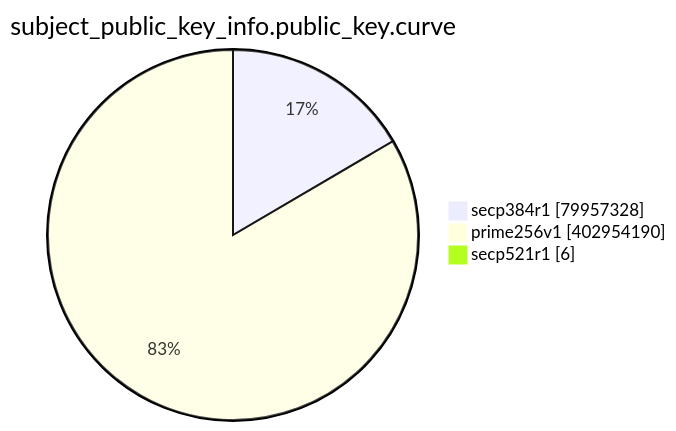
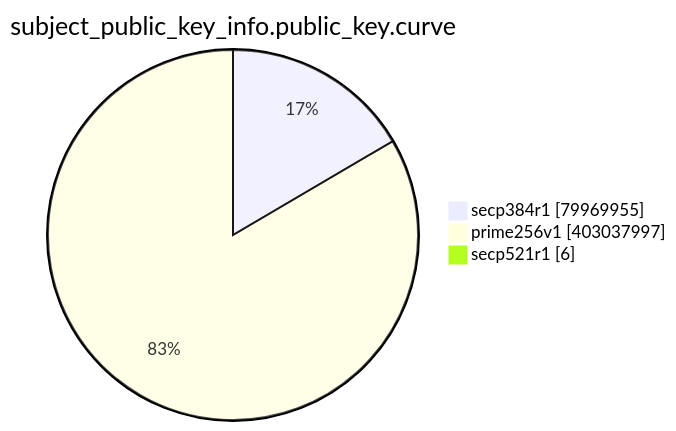
The eighth of 15 diagrams in TOTAL/README.md (christiankrug/ctmonitor_visualization), drawn with Mermaid before and after one commit. The commit also changed other lines of this file, not shown here.

````diff
--- a/TOTAL/README.md
+++ b/TOTAL/README.md
@@ -3095,7 +3095,7 @@
 ```mermaid
 pie showData
 title subject_public_key_info.public_key.curve
-"secp384r1" :79957328
-"prime256v1" :402954190
+"secp384r1" :79969955
+"prime256v1" :403037997
 "secp521r1" :6
 ```
````
